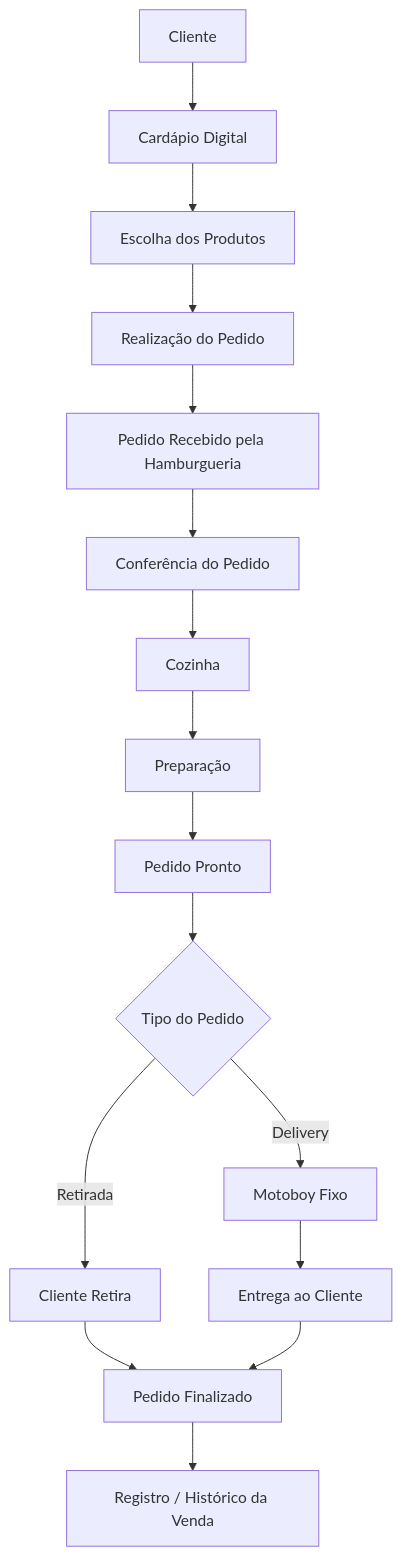
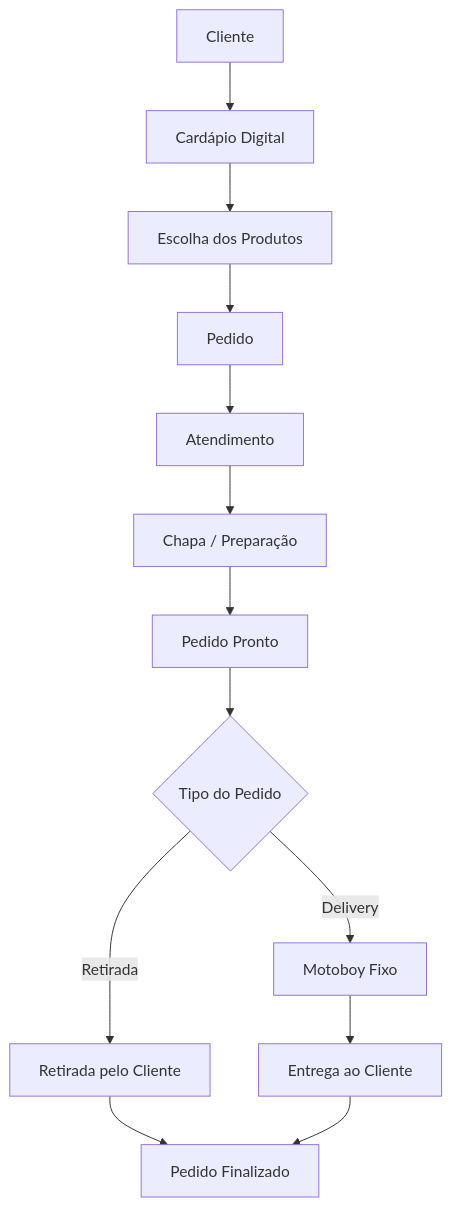
Before and after one commit to mur1lxz/analise-dados-colossal-foods: the diagram in README.md, drawn with Mermaid. The commit also changed other lines of this file, not shown here.

Commit message:
Finaliza Entrega 1 - Modelo Conceitual DER

````diff
--- a/README.md
+++ b/README.md
@@ -137,33 +45,15 @@
 ```mermaid
 flowchart TD
-
-A[Cliente] --> B[Cardápio Digital]
-
-B --> C[Escolha dos Produtos]
-
-C --> D[Realização do Pedido]
-
-D --> E[Pedido Recebido pela Hamburgueria]
-
-E --> F[Conferência do Pedido]
-
-F --> G[Cozinha]
-
-G --> H[Preparação]
-
-H --> I[Pedido Pronto]
-
-I --> J{Tipo do Pedido}
-
-J -->|Retirada| K[Cliente Retira]
-
-J -->|Delivery| L[Motoboy Fixo]
-
-L --> M[Entrega ao Cliente]
-
-K --> N[Pedido Finalizado]
-
-M --> N
-
-N --> O[Registro / Histórico da Venda]
+    A[Cliente] --> B[Cardápio Digital]
+    B --> C[Escolha dos Produtos]
+    C --> D[Pedido]
+    D --> E[Atendimento]
+    E --> F[Chapa / Preparação]
+    F --> G[Pedido Pronto]
+    G --> H{Tipo do Pedido}
+    H -->|Retirada| I[Retirada pelo Cliente]
+    H -->|Delivery| J[Motoboy Fixo]
+    J --> K[Entrega ao Cliente]
+    I --> L[Pedido Finalizado]
+    K --> L
 ```
````
